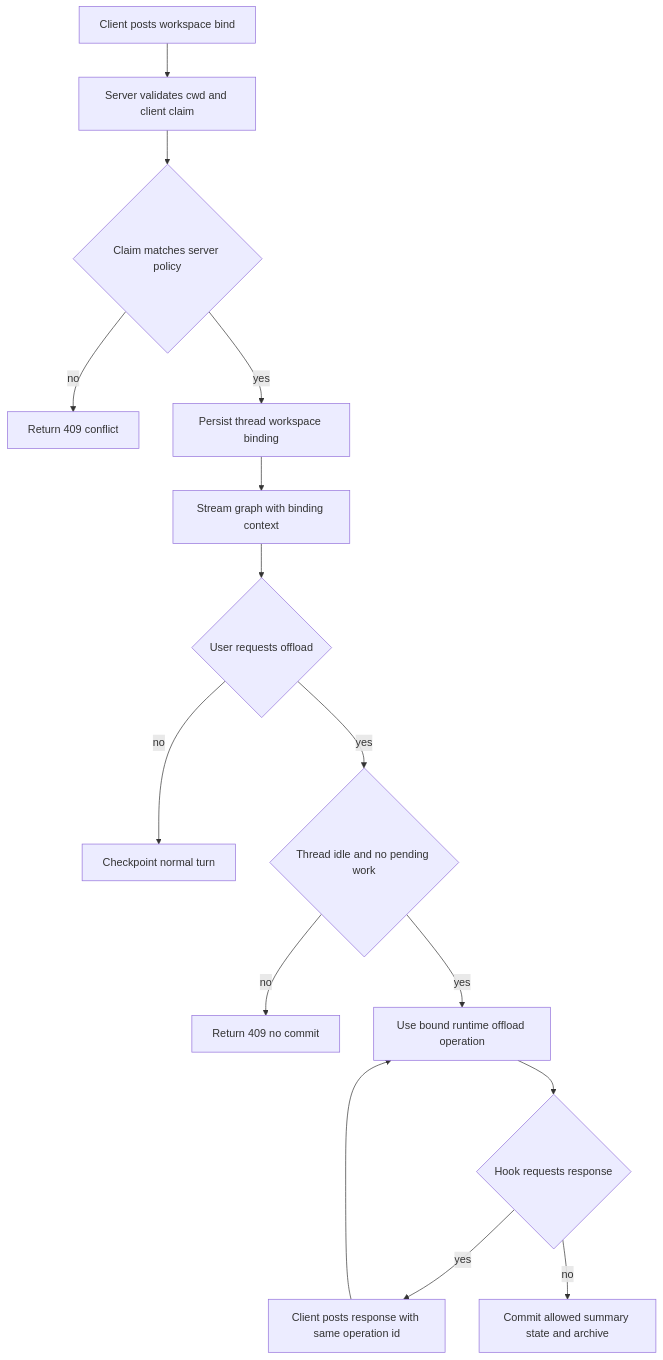
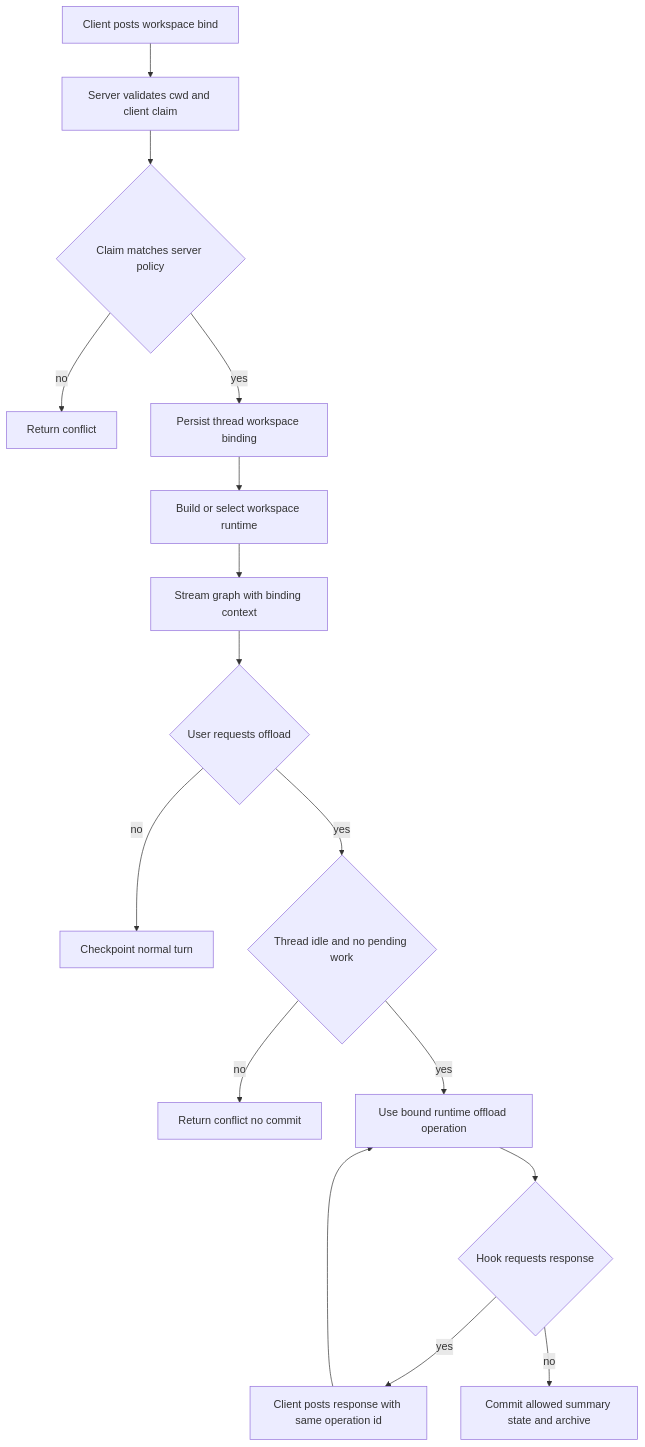
One commit to langchain-ai/deepagents changed the second of 2 diagrams in openwiki/workflows/run-dcode-session.md. Above: the diagram before and after it, drawn with Mermaid. The commit also changed other lines of this file and 56 other files, not shown here.

````diff
--- a/openwiki/workflows/run-dcode-session.md
+++ b/openwiki/workflows/run-dcode-session.md
@@ -128,17 +134,18 @@
 ```mermaid
 flowchart TD
     Start["Client posts workspace bind"] --> Validate["Server validates cwd and client claim"]
     Validate --> Claim{"Claim matches server policy"}
-    Claim -- no --> Bind409["Return 409 conflict"]
+    Claim -- no --> Bind409["Return conflict"]
     Claim -- yes --> Persist["Persist thread workspace binding"]
-    Persist --> Run["Stream graph with binding context"]
+    Persist --> Runtime["Build or select workspace runtime"]
+    Runtime --> Run["Stream graph with binding context"]
     Run --> Offload{"User requests offload"}
     Offload -- no --> Checkpoint["Checkpoint normal turn"]
     Offload -- yes --> Idle{"Thread idle and no pending work"}
-    Idle -- no --> Offload409["Return 409 no commit"]
+    Idle -- no --> Offload409["Return conflict no commit"]
     Idle -- yes --> Compact["Use bound runtime offload operation"]
     Compact --> Hook{"Hook requests response"}
     Hook -- yes --> Replay["Client posts response with same operation id"]
     Replay --> Compact
     Hook -- no --> Commit["Commit allowed summary state and archive"]
 ```
````
